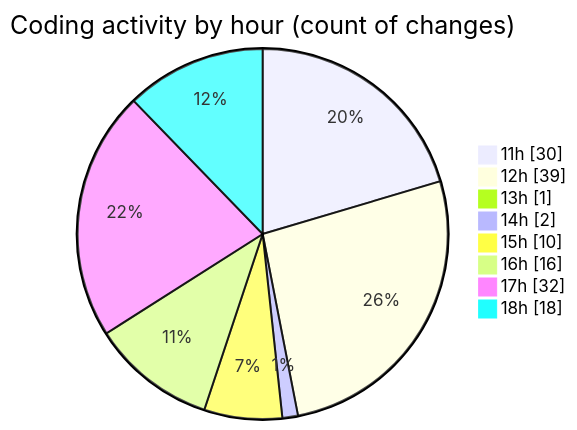
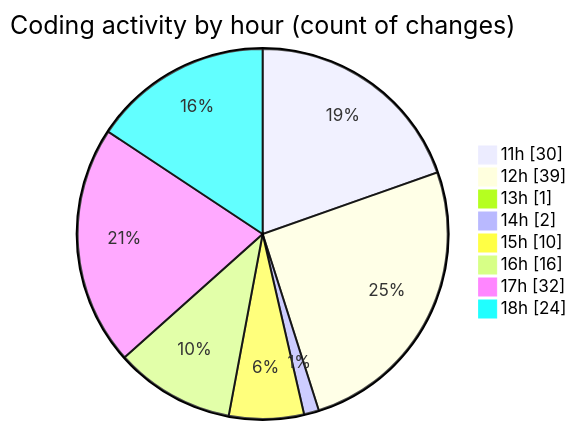
Before and after one commit to nxtqubesakshisongat/code-tracking: the second of 2 diagrams in 2025-07-13/argos/README.md, drawn with Mermaid. The commit also changed other lines of this file and 1 other file, not shown here.

````diff
--- a/2025-07-13/argos/README.md
+++ b/2025-07-13/argos/README.md
@@ -32,12 +32,12 @@
 ```mermaid
 pie showData
 title Coding activity by hour (count of changes)
 "11h" : 30
 "12h" : 39
 "13h" : 1
 "14h" : 2
 "15h" : 10
 "16h" : 16
 "17h" : 32
-"18h" : 18
+"18h" : 24
 ```
````
